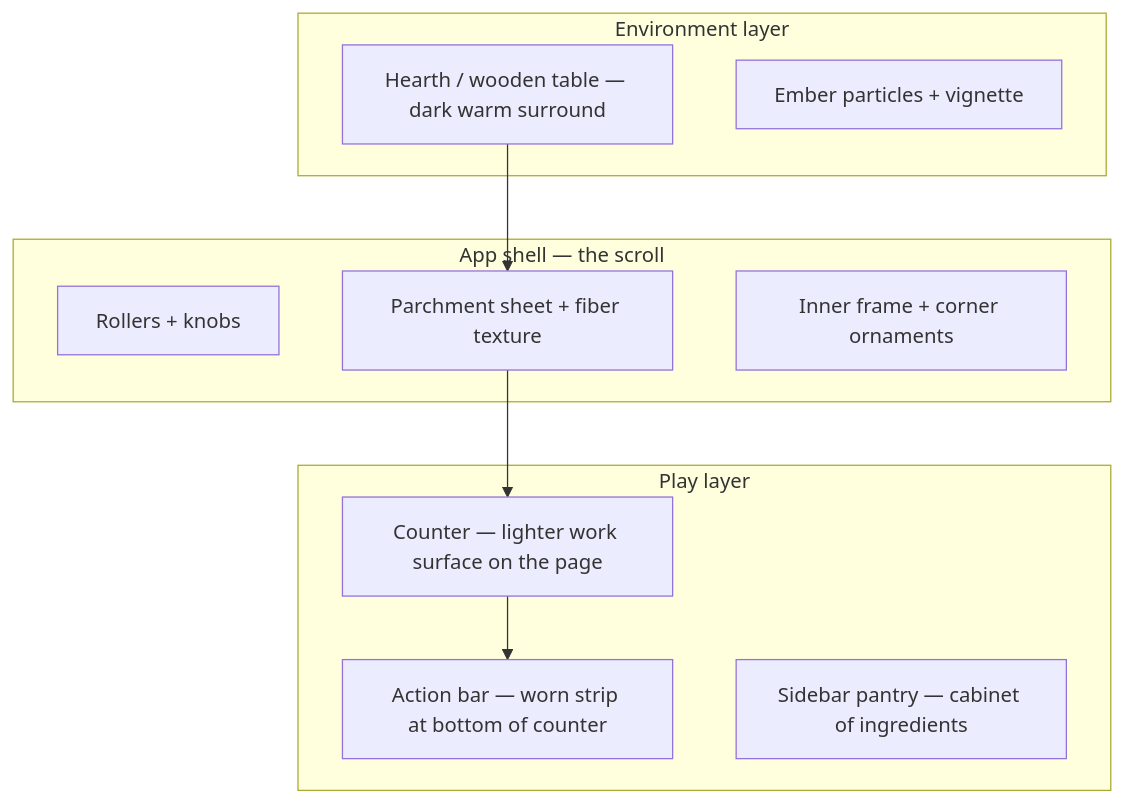
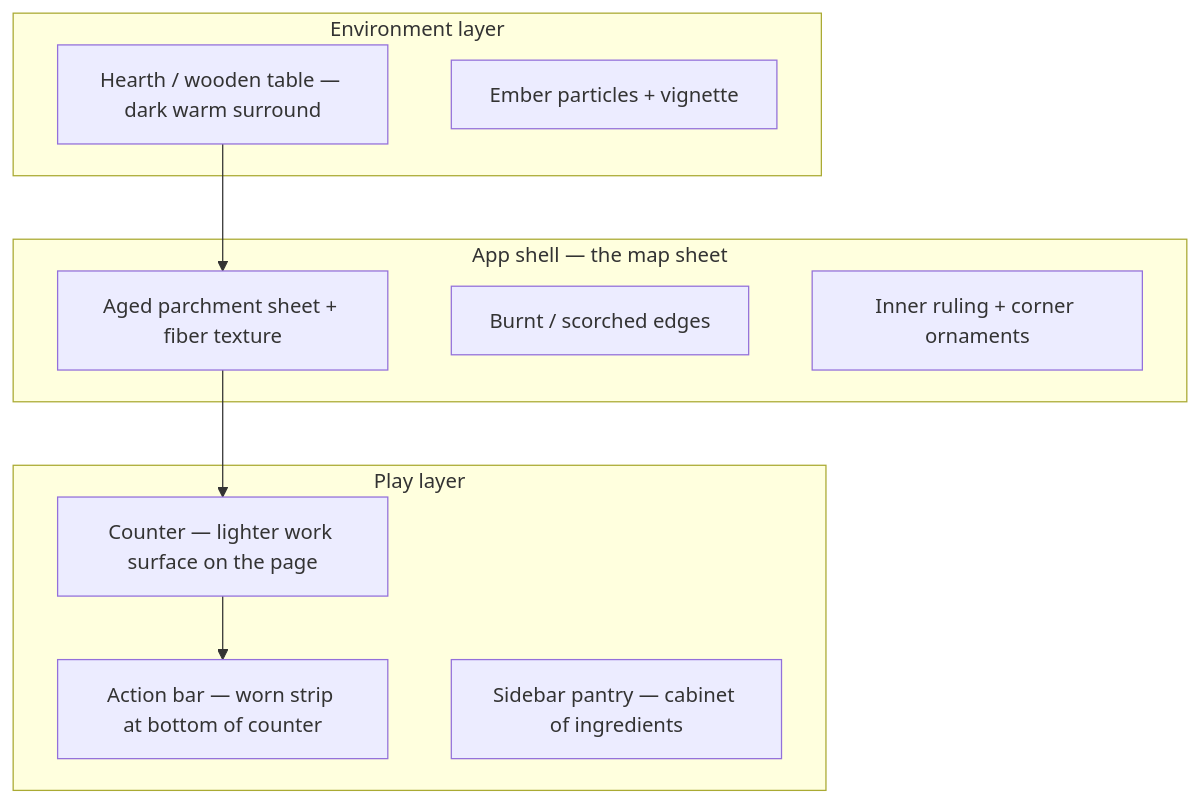
Before and after one commit to Kolajy/cooking_alchemist: the diagram in docs/ART_DIRECTION.md, drawn with Mermaid. The commit also changed other lines of this file and 33 other files, not shown here.

````diff
--- a/docs/ART_DIRECTION.md
+++ b/docs/ART_DIRECTION.md
@@ -63,20 +63,20 @@
 ```mermaid
 flowchart TB
   subgraph environment [Environment layer]
     H[Hearth / wooden table — dark warm surround]
     E[Ember particles + vignette]
   end
-  subgraph shell [App shell — the scroll]
-    R[Rollers + knobs]
-    P[Parchment sheet + fiber texture]
-    F[Inner frame + corner ornaments]
+  subgraph shell [App shell — the map sheet]
+    P[Aged parchment sheet + fiber texture]
+    B[Burnt / scorched edges]
+    F[Inner ruling + corner ornaments]
   end
   subgraph play [Play layer]
     C[Counter — lighter work surface on the page]
     A[Action bar — worn strip at bottom of counter]
     S[Sidebar pantry — cabinet of ingredients]
   end
   H --> P
   P --> C
   C --> A
 ```
````
